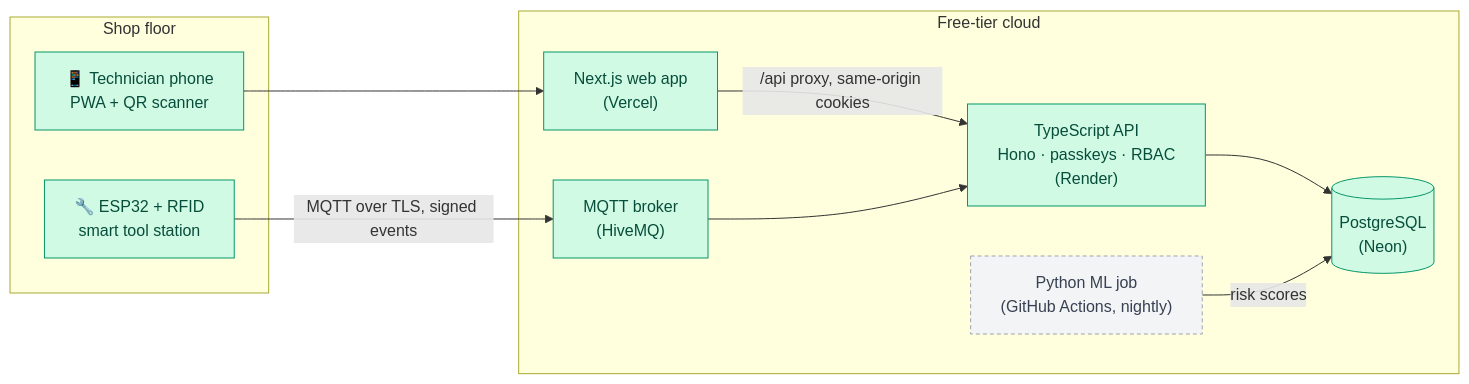
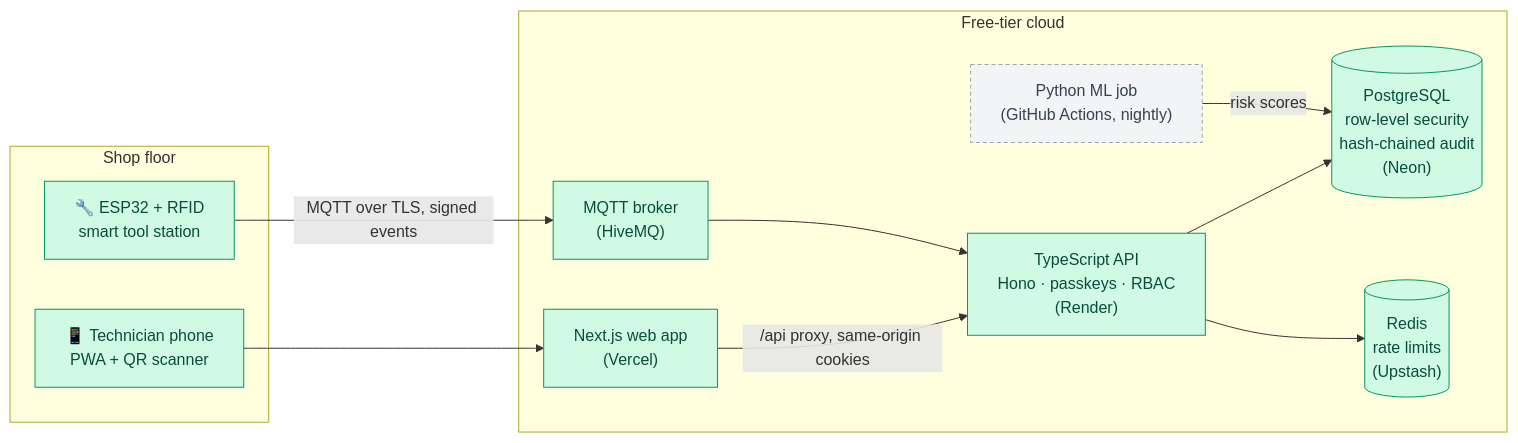
The second of 2 diagrams in README.md (vijayantrao/Tool-Trace), drawn with Mermaid before and after one commit. The commit also changed other lines of this file and 42 other files, not shown here.

First line of the commit message:
Phase 4: hardening - RLS, hash-chained audit trail, Redis limits, security CI

````diff
--- a/README.md
+++ b/README.md
@@ -60,24 +73,26 @@
 ```mermaid
 flowchart LR
     subgraph Floor["Shop floor"]
         Phone["📱 Technician phone<br/>PWA + QR scanner"]
         Station["🔧 ESP32 + RFID<br/>smart tool station"]
     end
 
     subgraph Cloud["Free-tier cloud"]
         Web["Next.js web app<br/>(Vercel)"]
         API["TypeScript API<br/>Hono · passkeys · RBAC<br/>(Render)"]
-        DB[("PostgreSQL<br/>(Neon)")]
+        DB[("PostgreSQL<br/>row-level security<br/>hash-chained audit<br/>(Neon)")]
+        Redis[("Redis<br/>rate limits<br/>(Upstash)")]
         MQTT["MQTT broker<br/>(HiveMQ)"]
         ML["Python ML job<br/>(GitHub Actions, nightly)"]
     end
 
     Phone --> Web -->|"/api proxy, same-origin cookies"| API --> DB
+    API --> Redis
     Station -->|"MQTT over TLS, signed events"| MQTT --> API
     ML -->|"risk scores"| DB
 
     classDef done fill:#d1fae5,stroke:#059669,color:#064e3b
     classDef next fill:#f3f4f6,stroke:#9ca3af,color:#374151,stroke-dasharray: 4 3
-    class API,DB,Web,Phone,Station,MQTT done
+    class API,DB,Web,Phone,Station,MQTT,Redis done
     class ML next
 ```
````
